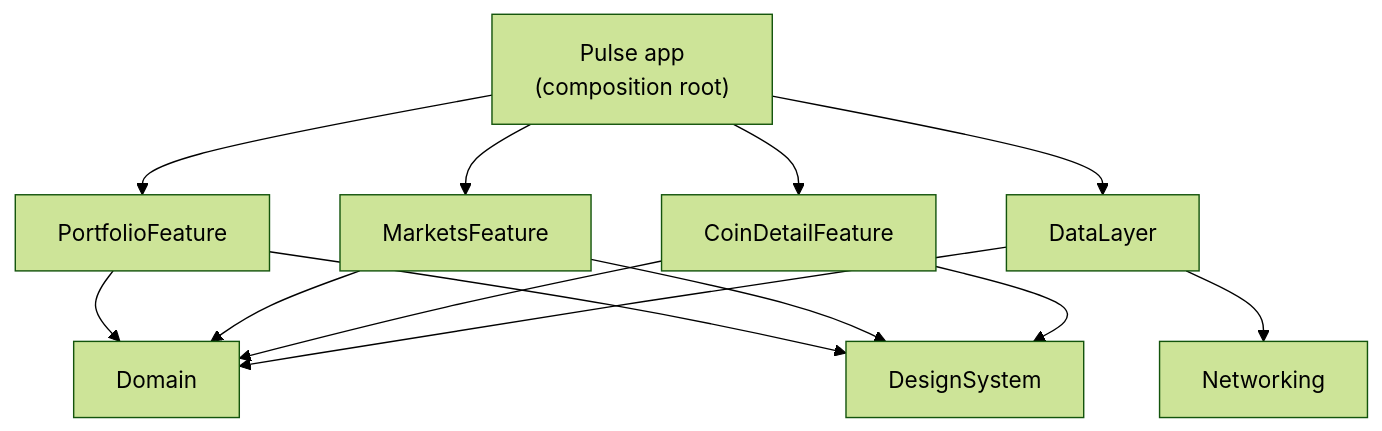
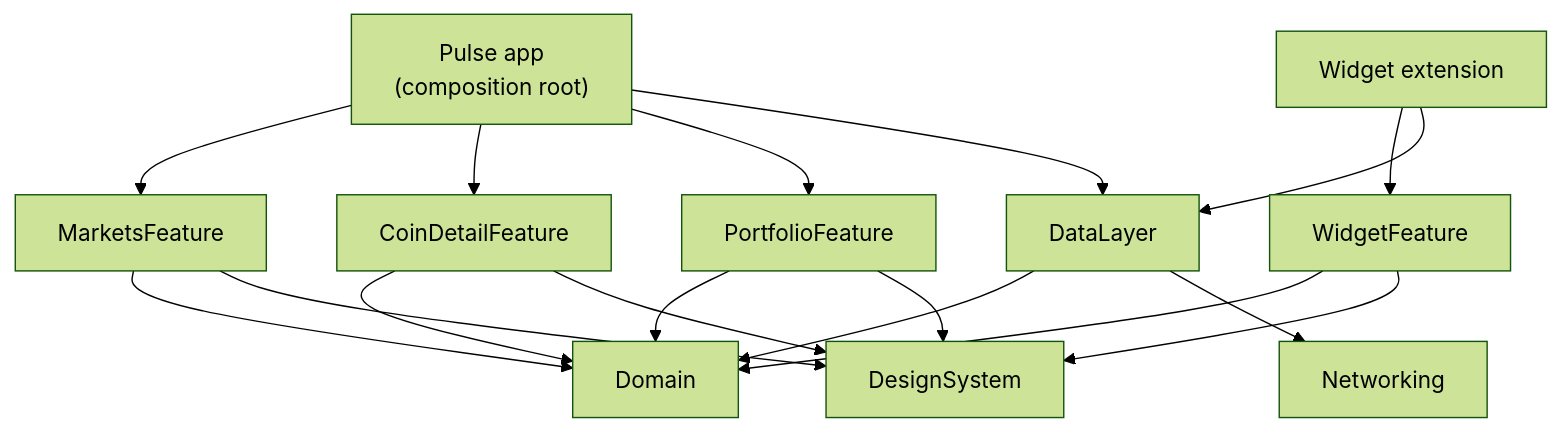
The diagram in README.md (Irenapoghosian/pulse-crypto), drawn with Mermaid (forest theme) before and after one commit. The commit also changed other lines of this file and 15 other files, not shown here.

````diff
--- a/README.md
+++ b/README.md
@@ -53,15 +54,19 @@
 ```mermaid
 flowchart TD
     App["Pulse app<br/>(composition root)"] --> Markets[MarketsFeature]
     App --> Detail[CoinDetailFeature]
     App --> Portfolio[PortfolioFeature]
     App --> DataLayer
+    Widget["Widget extension"] --> WidgetFeature
+    Widget --> DataLayer
+    WidgetFeature --> Domain
+    WidgetFeature --> DS
     Portfolio --> Domain
     Portfolio --> DS
     Markets --> Domain
     Detail --> Domain
     Markets --> DS[DesignSystem]
     Detail --> DS
     DataLayer --> Domain
     DataLayer --> Networking
 ```
````
